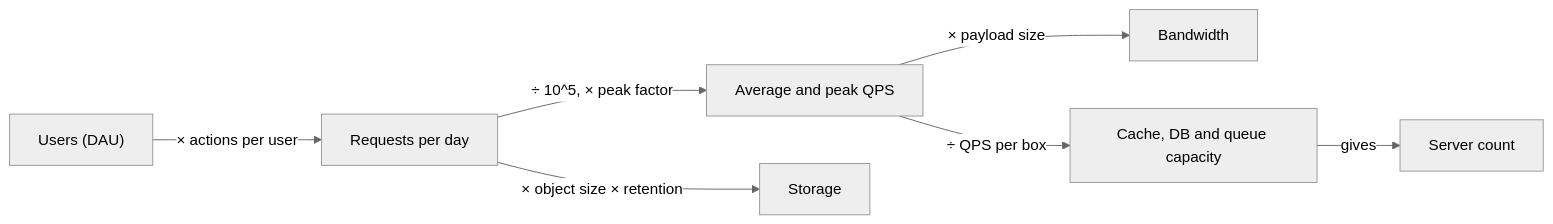
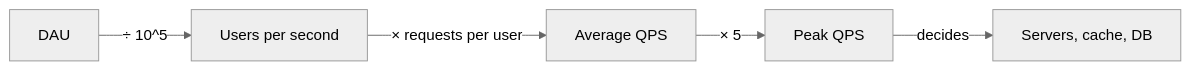
The diagram in hld/15-estimation.md (aaryan-pradhan/core-cs-fundamentals), drawn with Mermaid (neutral theme) before and after one commit. The commit also changed other lines of this file, not shown here.

````diff
--- a/hld/15-estimation.md
+++ b/hld/15-estimation.md
@@ -60,9 +25,7 @@
 ```mermaid
 flowchart LR
-    U["Users (DAU)"] -->|"× actions per user"| A["Requests per day"]
-    A -->|"÷ 10^5, × peak factor"| Q["Average and peak QPS"]
-    Q -->|"× payload size"| P["Bandwidth"]
-    A -->|"× object size × retention"| S["Storage"]
-    Q -->|"÷ QPS per box"| C["Cache, DB and queue capacity"]
-    C -->|"gives"| N["Server count"]
+    U["DAU"] -->|"÷ 10^5"| S["Users per second"]
+    S -->|"× requests per user"| A["Average QPS"]
+    A -->|"× 5"| P["Peak QPS"]
+    P -->|"decides"| D["Servers, cache, DB"]
 ```
````
